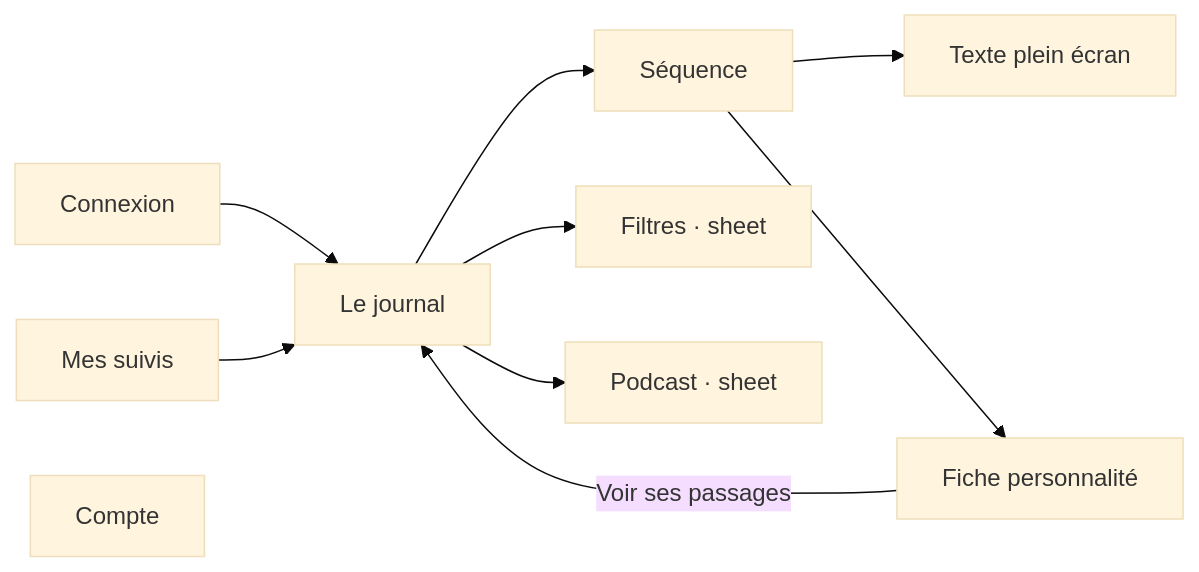
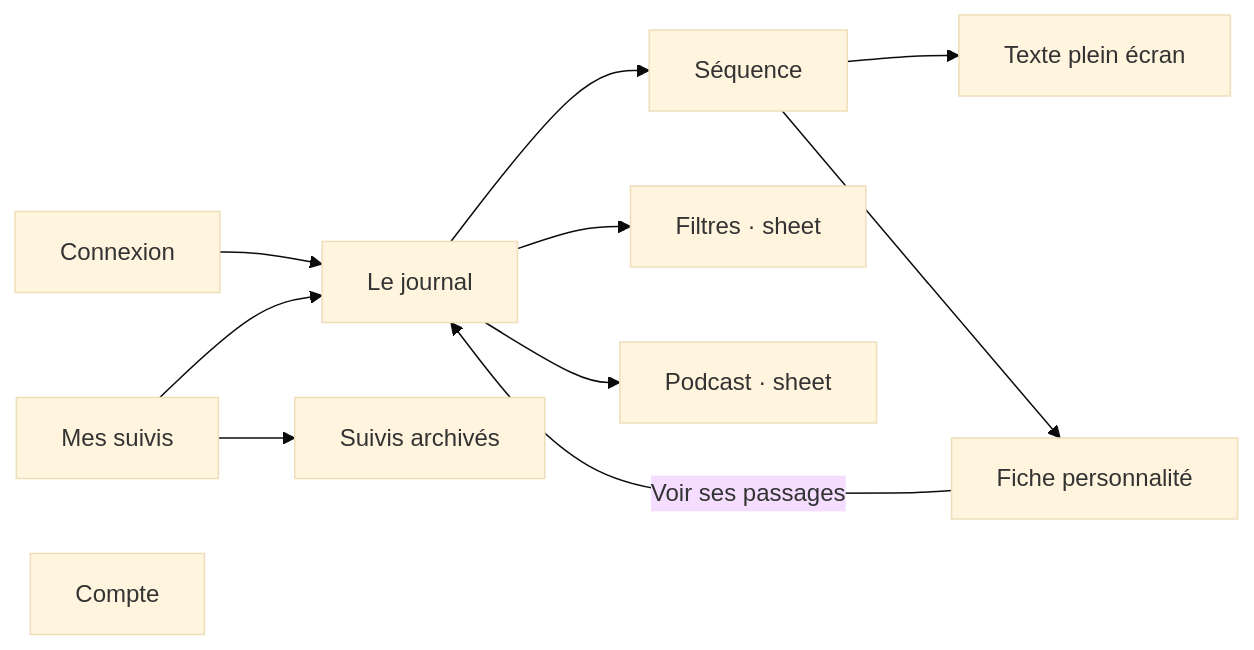
Before and after one commit to sutter/infometrie-ios-app: the diagram in aidd_docs/memory/navigation.md, drawn with Mermaid (base theme). The commit also changed other lines of this file and 4 other files, not shown here.

Commit message:
feat(ui): move archived suivis to their own page

````diff
--- a/aidd_docs/memory/navigation.md
+++ b/aidd_docs/memory/navigation.md
@@ -15,12 +15,13 @@
 ```mermaid
 flowchart LR
     Login["Connexion"] --> Feed["Le journal"]
     Feed --> Sequence["Séquence"]
     Sequence --> Fullscreen["Texte plein écran"]
     Sequence --> Person["Fiche personnalité"]
     Person -->|Voir ses passages| Feed
     Feed --> Filters["Filtres · sheet"]
     Feed --> Podcast["Podcast · sheet"]
     Saved["Mes suivis"] --> Feed
+    Saved --> Archived["Suivis archivés"]
     Account["Compte"]
 ```
````
